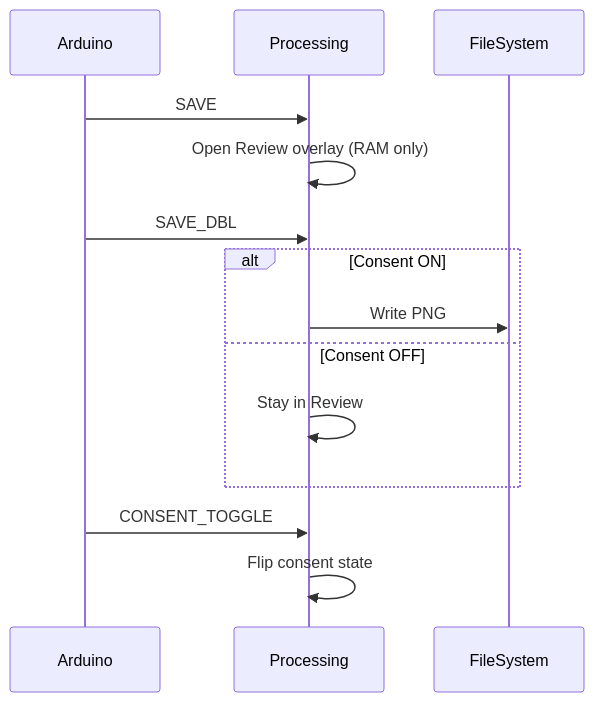
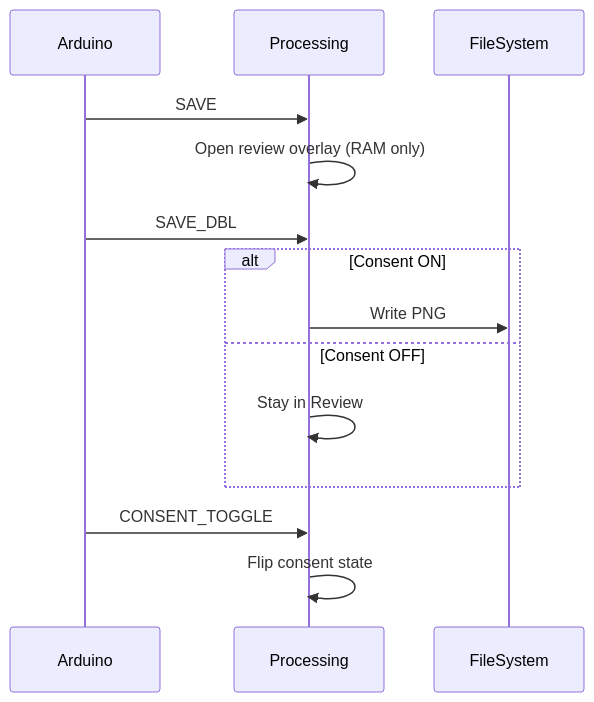
One commit to bseverns/Human-Buffer changed the fourth of 4 diagrams in diagrams.md. Above: the diagram before and after it, drawn with Mermaid. The commit also changed other lines of this file and 1 other file, not shown here.

Commit message:
Fix Mermaid diagrams for GitHub rendering

````diff
--- a/diagrams.md
+++ b/diagrams.md
@@ -48,19 +59,19 @@
 ```mermaid
 sequenceDiagram
   participant Arduino
   participant Processing
   participant FS as FileSystem
 
   Arduino->>Processing: SAVE
-  Processing->>Processing: Open Review overlay (RAM only)
+  Processing->>Processing: Open review overlay (RAM only)
 
   Arduino->>Processing: SAVE_DBL
   alt Consent ON
     Processing->>FS: Write PNG
   else Consent OFF
     Processing->>Processing: Stay in Review
   end
 
   Arduino->>Processing: CONSENT_TOGGLE
   Processing->>Processing: Flip consent state
 ```
````
